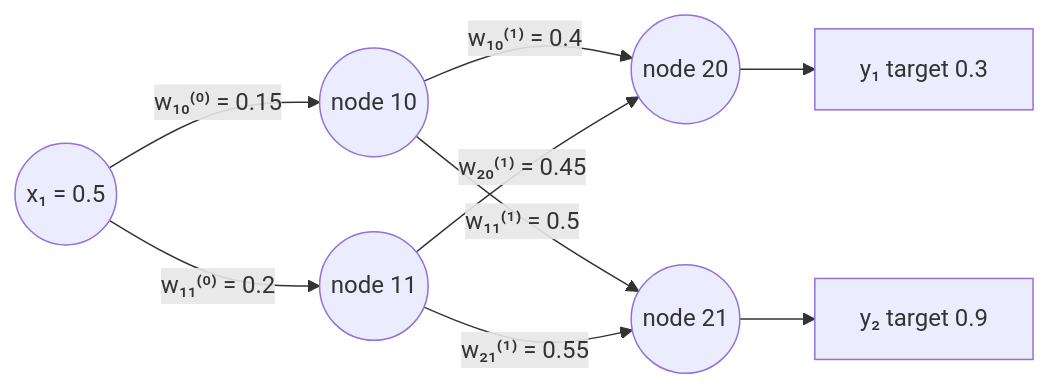
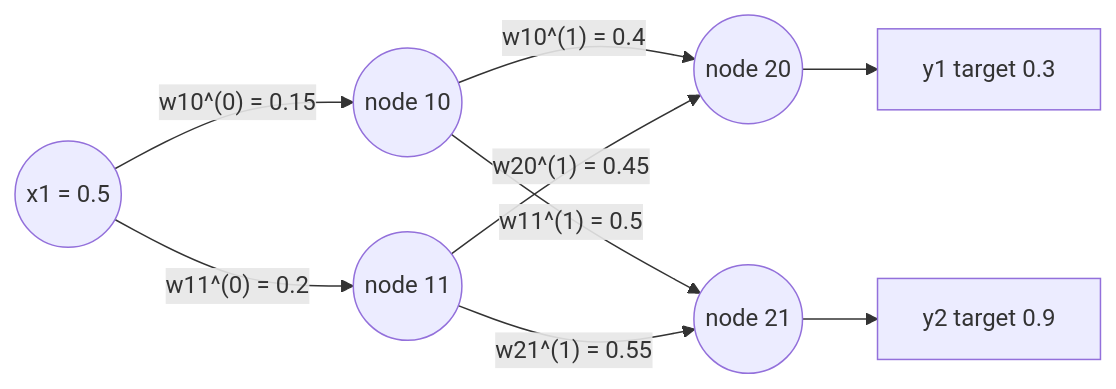
One commit to Choroning/25Fall_Software-Applications changed the fifth of 5 diagrams in Lecture-Notes/Lec01_Deep-Learning-Fundamentals/Concepts_Lecture.md. Above: the diagram before and after it, drawn with Mermaid. The commit also changed other lines of this file and 7 other files, not shown here.

First line of the commit message:
Fix diagram labels and definition boxes after review

````diff
--- a/Lecture-Notes/Lec01_Deep-Learning-Fundamentals/Concepts_Lecture.md
+++ b/Lecture-Notes/Lec01_Deep-Learning-Fundamentals/Concepts_Lecture.md
@@ -638,11 +638,11 @@
 ```mermaid
 graph LR
-    X(("x₁ = 0.5")) -->|"w₁₀⁽⁰⁾ = 0.15"| N10(("node 10"))
-    X -->|"w₁₁⁽⁰⁾ = 0.2"| N11(("node 11"))
-    N10 -->|"w₁₀⁽¹⁾ = 0.4"| N20(("node 20"))
-    N10 -->|"w₁₁⁽¹⁾ = 0.5"| N21(("node 21"))
-    N11 -->|"w₂₀⁽¹⁾ = 0.45"| N20
-    N11 -->|"w₂₁⁽¹⁾ = 0.55"| N21
-    N20 --> Y1["y₁ target 0.3"]
-    N21 --> Y2["y₂ target 0.9"]
+    X(("x1 = 0.5")) -->|"w10^(0) = 0.15"| N10(("node 10"))
+    X -->|"w11^(0) = 0.2"| N11(("node 11"))
+    N10 -->|"w10^(1) = 0.4"| N20(("node 20"))
+    N10 -->|"w11^(1) = 0.5"| N21(("node 21"))
+    N11 -->|"w20^(1) = 0.45"| N20
+    N11 -->|"w21^(1) = 0.55"| N21
+    N20 --> Y1["y1 target 0.3"]
+    N21 --> Y2["y2 target 0.9"]
 ```
````
